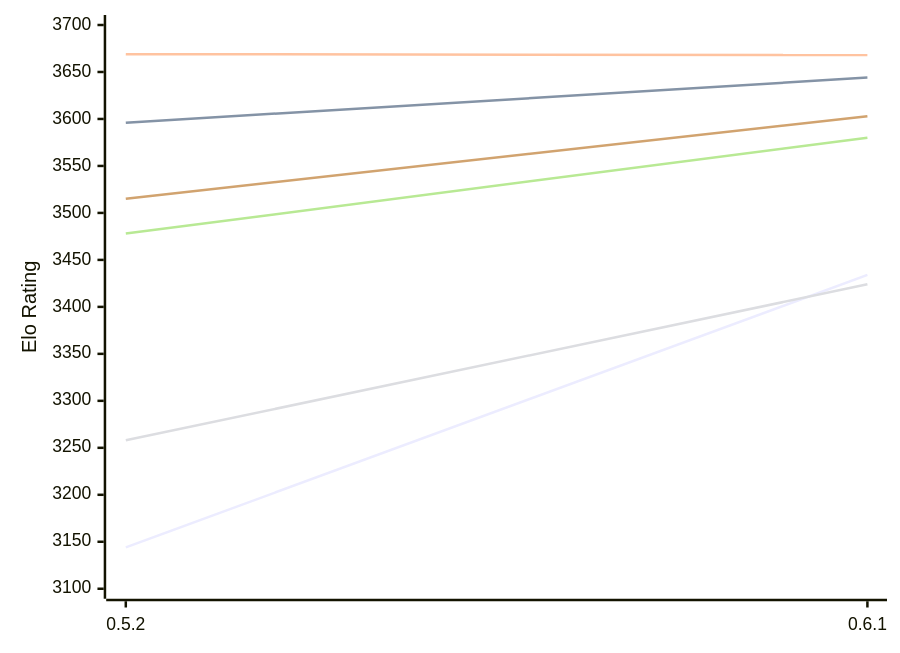
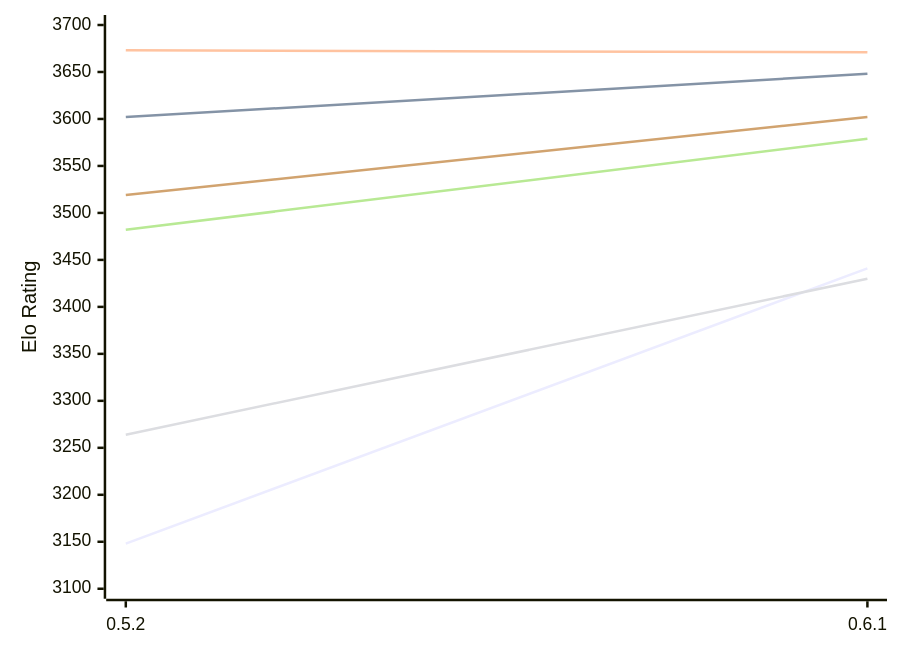
The first of 2 diagrams in engines/Cinder.md (computer-chess-index/cci), drawn with Mermaid before and after one commit. The commit also changed other lines of this file, not shown here.

Commit message:
Update CCI Ratings (ELO VLTC) - 2026-11-20

````diff
--- a/engines/Cinder.md
+++ b/engines/Cinder.md
@@ -54,12 +54,12 @@
 ```mermaid
 %%{init: {"theme":"base","themeVariables":{"seriesColors:['#a3a3a3','#222221','#faa371']}}}%%
 xychart-beta
   x-axis ["0.5.2", "0.6.1"]
   y-axis "Elo Rating" 3100 --> 3700
-  line "E1: STC (8.0+0.08s)" [3144, 3434]
-  line "E1: LTC (60.0+0.60s)" [3596, 3644]
-  line "E1: VLTC (2m24s+1.12s)" [3669, 3668]
-  line "P1: STC (8.0+0.08s)" [3258, 3424]
-  line "P1: LTC (60.0+0.60s)" [3478, 3580]
-  line "P1: VLTC (2m24s+1.12s)" [3515, 3603]
+  line "E1: STC (8.0+0.08s)" [3148, 3441]
+  line "E1: LTC (60.0+0.60s)" [3602, 3648]
+  line "E1: VLTC (2m24s+1.12s)" [3673, 3671]
+  line "P1: STC (8.0+0.08s)" [3264, 3430]
+  line "P1: LTC (60.0+0.60s)" [3482, 3579]
+  line "P1: VLTC (2m24s+1.12s)" [3519, 3602]
 ```
````
